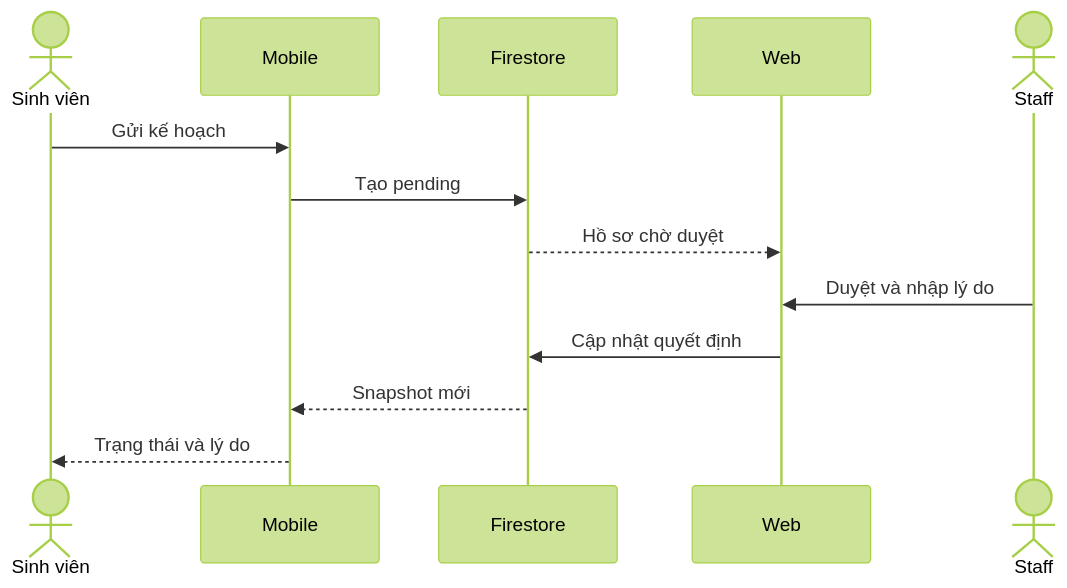
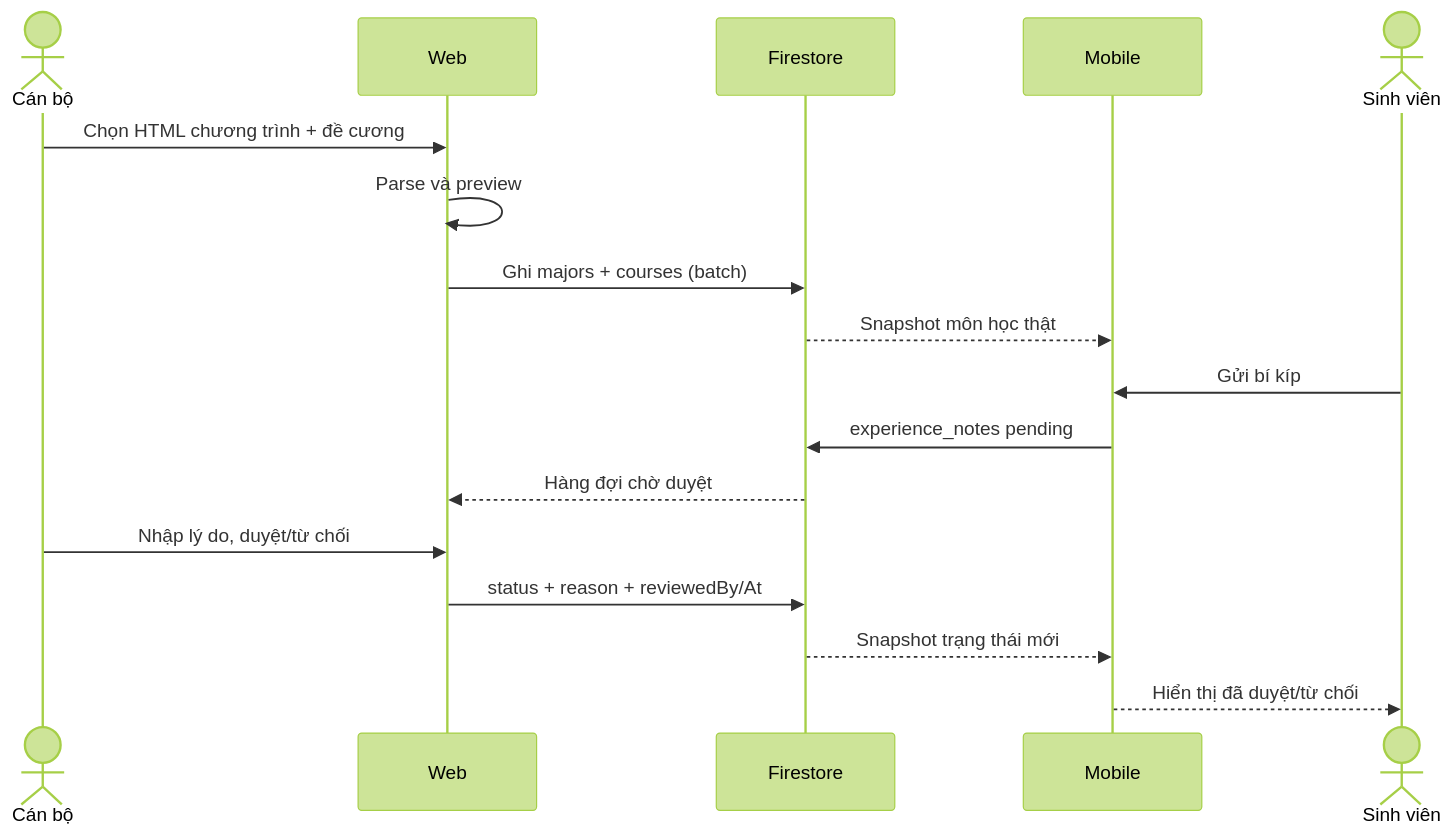
The diagram in docs/cross-role-flow.md (quanglong68/PRM393_Final_GR6), drawn with Mermaid (forest theme) before and after one commit. The commit also changed other lines of this file and 88 other files, not shown here.

````diff
--- a/docs/cross-role-flow.md
+++ b/docs/cross-role-flow.md
@@ -7,15 +28,19 @@
 ```mermaid
 sequenceDiagram
+    actor Staff as Cán bộ
+    participant Web
+    participant DB as Firestore
+    participant Mobile
     actor Student as Sinh viên
-    participant Mobile
-    participant DB as Firestore
-    participant Web
-    actor Staff
-    Student->>Mobile: Gửi kế hoạch
-    Mobile->>DB: Tạo pending
-    DB-->>Web: Hồ sơ chờ duyệt
-    Staff->>Web: Duyệt và nhập lý do
-    Web->>DB: Cập nhật quyết định
-    DB-->>Mobile: Snapshot mới
-    Mobile-->>Student: Trạng thái và lý do
+    Staff->>Web: Chọn HTML chương trình + đề cương
+    Web->>Web: Parse và preview
+    Web->>DB: Ghi majors + courses (batch)
+    DB-->>Mobile: Snapshot môn học thật
+    Student->>Mobile: Gửi bí kíp
+    Mobile->>DB: experience_notes pending
+    DB-->>Web: Hàng đợi chờ duyệt
+    Staff->>Web: Nhập lý do, duyệt/từ chối
+    Web->>DB: status + reason + reviewedBy/At
+    DB-->>Mobile: Snapshot trạng thái mới
+    Mobile-->>Student: Hiển thị đã duyệt/từ chối
 ```
````
